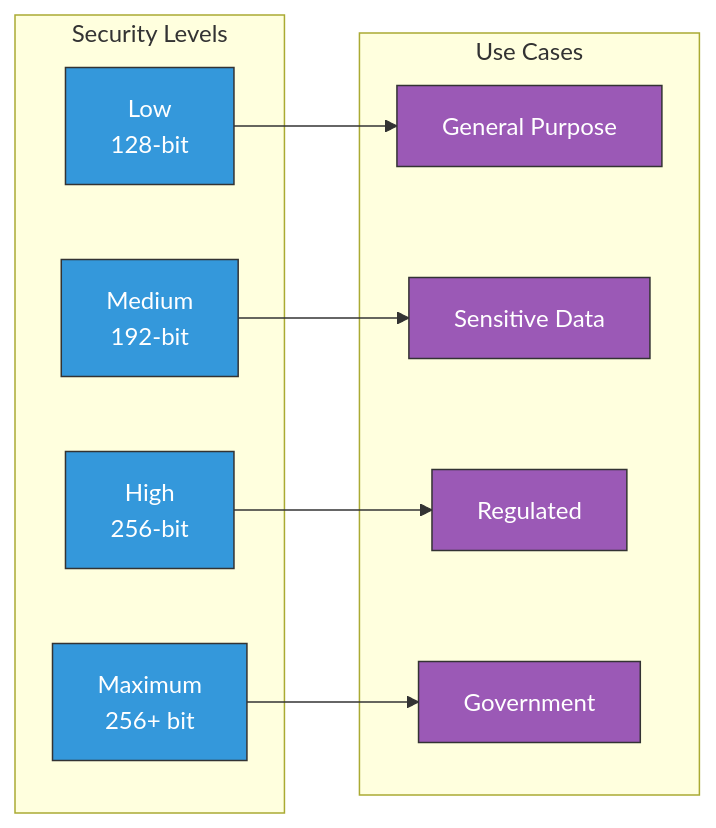
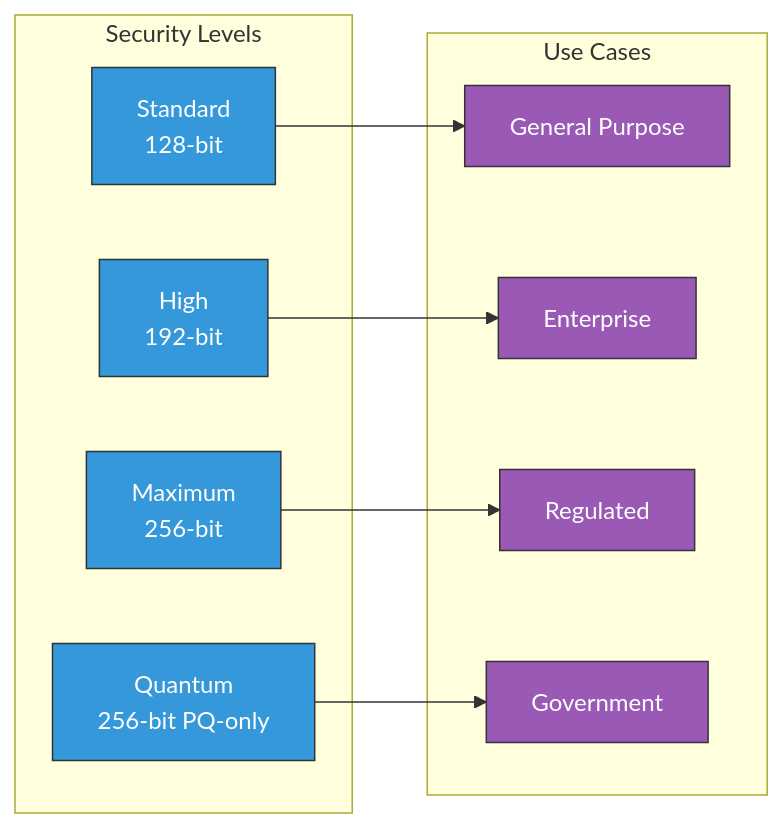
The fifth of 6 diagrams in docs/SECURITY_GUIDE.md (LatticeArc/latticearc), drawn with Mermaid before and after one commit. The commit also changed other lines of this file and 14 other files, not shown here.

````diff
--- a/docs/SECURITY_GUIDE.md
+++ b/docs/SECURITY_GUIDE.md
@@ -293,27 +291,27 @@
 ```mermaid
 graph LR
     subgraph "Security Levels"
-        L[Low<br/>128-bit]
-        M[Medium<br/>192-bit]
-        H[High<br/>256-bit]
-        X[Maximum<br/>256+ bit]
+        S[Standard<br/>128-bit]
+        H[High<br/>192-bit]
+        M[Maximum<br/>256-bit]
+        Q[Quantum<br/>256-bit PQ-only]
     end
 
     subgraph "Use Cases"
         GEN[General Purpose]
-        SENS[Sensitive Data]
+        ENT[Enterprise]
         REG[Regulated]
         GOV[Government]
     end
 
-    L --> GEN
-    M --> SENS
-    H --> REG
-    X --> GOV
+    S --> GEN
+    H --> ENT
+    M --> REG
+    Q --> GOV
 
     classDef level fill:#3498db,stroke:#333,color:#fff
     classDef use fill:#9b59b6,stroke:#333,color:#fff
 
-    class L,M,H,X level
-    class GEN,SENS,REG,GOV use
+    class S,H,M,Q level
+    class GEN,ENT,REG,GOV use
 ```
````
